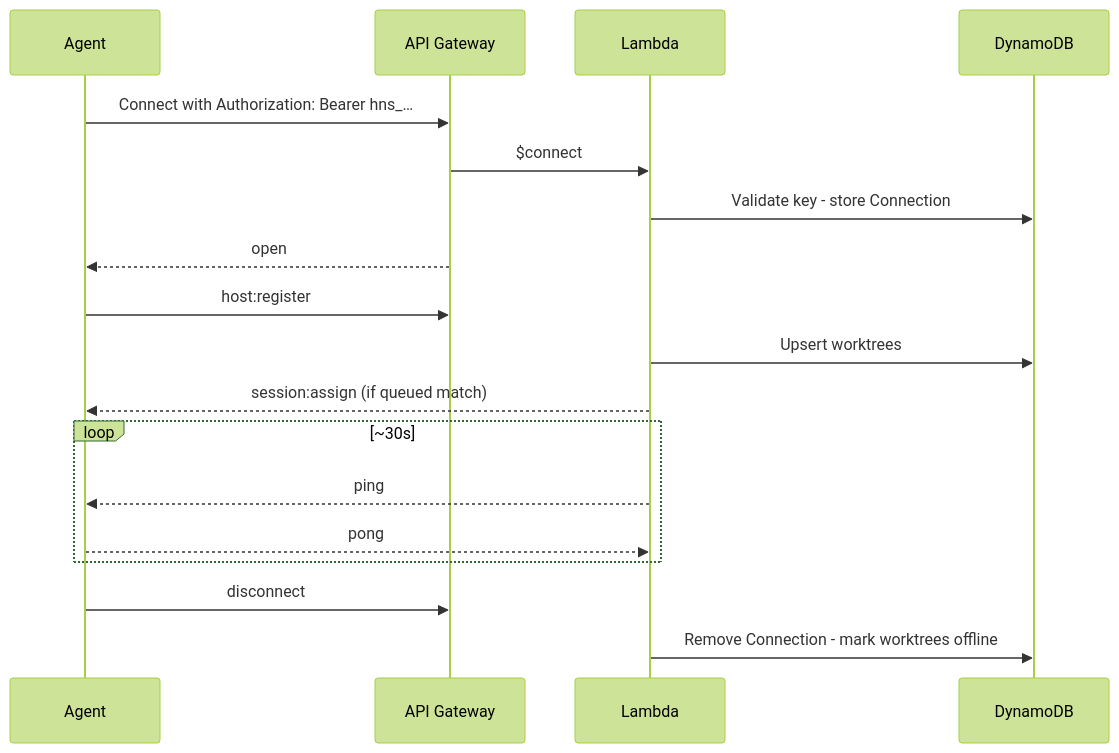
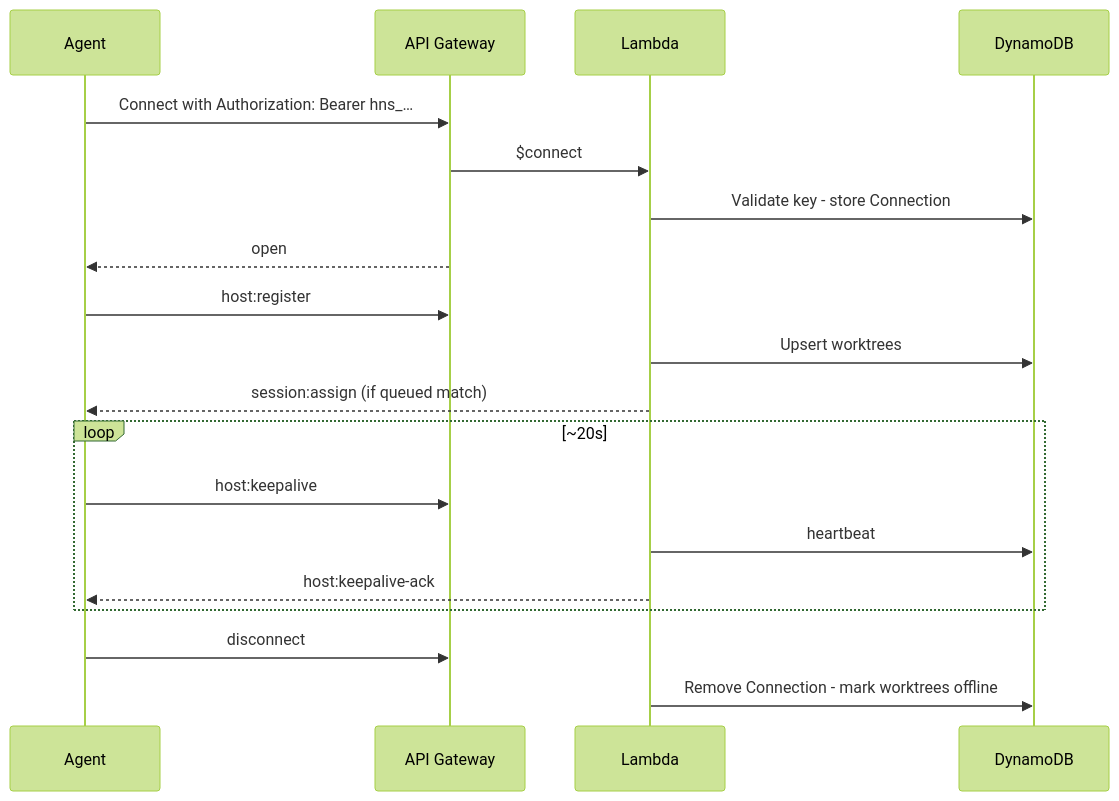
One commit to jonathanong/auto-harness changed the diagram in docs/websocket.md. Above: the diagram before and after it, drawn with Mermaid (forest theme). The commit also changed other lines of this file and 22 other files, not shown here.

````diff
--- a/docs/websocket.md
+++ b/docs/websocket.md
@@ -268,24 +275,25 @@
 ```mermaid
 sequenceDiagram
     participant Agent
     participant GW as API Gateway
     participant Lambda
     participant DDB as DynamoDB
 
     Agent->>GW: Connect with Authorization: Bearer hns_…
     GW->>Lambda: $connect
     Lambda->>DDB: Validate key - store Connection
     GW-->>Agent: open
 
     Agent->>GW: host:register
     Lambda->>DDB: Upsert worktrees
     Lambda-->>Agent: session:assign (if queued match)
 
-    loop ~30s
-        Lambda-->>Agent: ping
-        Agent-->>Lambda: pong
+    loop ~20s
+        Agent->>GW: host:keepalive
+        Lambda->>DDB: heartbeat
+        Lambda-->>Agent: host:keepalive-ack
     end
 
     Agent->>GW: disconnect
     Lambda->>DDB: Remove Connection - mark worktrees offline
 ```
````
